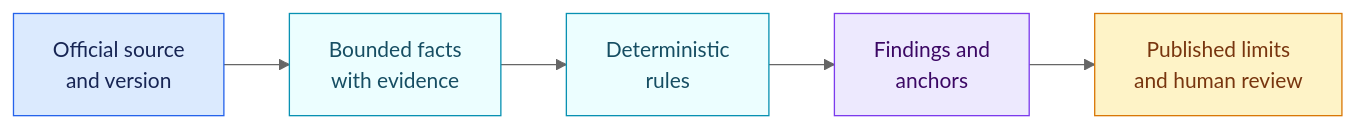
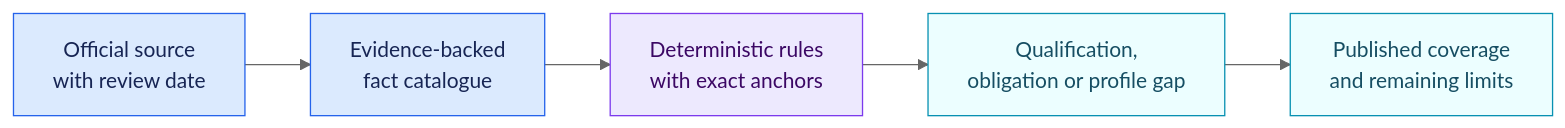
One commit to NickChaps/Open-AIRS changed the diagram in docs/audits/2026-08-29-pack-viability.md. Above: the diagram before and after it, drawn with Mermaid (neutral theme). The commit also changed other lines of this file and 54 other files, not shown here.

````diff
--- a/docs/audits/2026-08-29-pack-viability.md
+++ b/docs/audits/2026-08-29-pack-viability.md
@@ -25,16 +11,14 @@
 ```mermaid
 flowchart LR
-    S["Official source<br/>and version"] --> F["Bounded facts<br/>with evidence"]
-    F --> R["Deterministic<br/>rules"]
-    R --> A["Findings and<br/>anchors"]
-    A --> L["Published limits<br/>and human review"]
+    S["Official source<br/>with review date"] --> F["Evidence-backed<br/>fact catalogue"]
+    F --> R["Deterministic rules<br/>with exact anchors"]
+    R --> O["Qualification,<br/>obligation or profile gap"]
+    O --> L["Published coverage<br/>and remaining limits"]
 
     classDef source fill:#dbeafe,stroke:#2563eb,color:#172554
-    classDef work fill:#ecfeff,stroke:#0891b2,color:#164e63
-    classDef result fill:#ede9fe,stroke:#7c3aed,color:#3b0764
-    classDef limit fill:#fef3c7,stroke:#d97706,color:#78350f
-    class S source
-    class F,R work
-    class A result
-    class L limit
+    classDef engine fill:#ede9fe,stroke:#7c3aed,color:#3b0764
+    classDef output fill:#ecfeff,stroke:#0891b2,color:#164e63
+    class S,F source
+    class R engine
+    class O,L output
 ```
````
